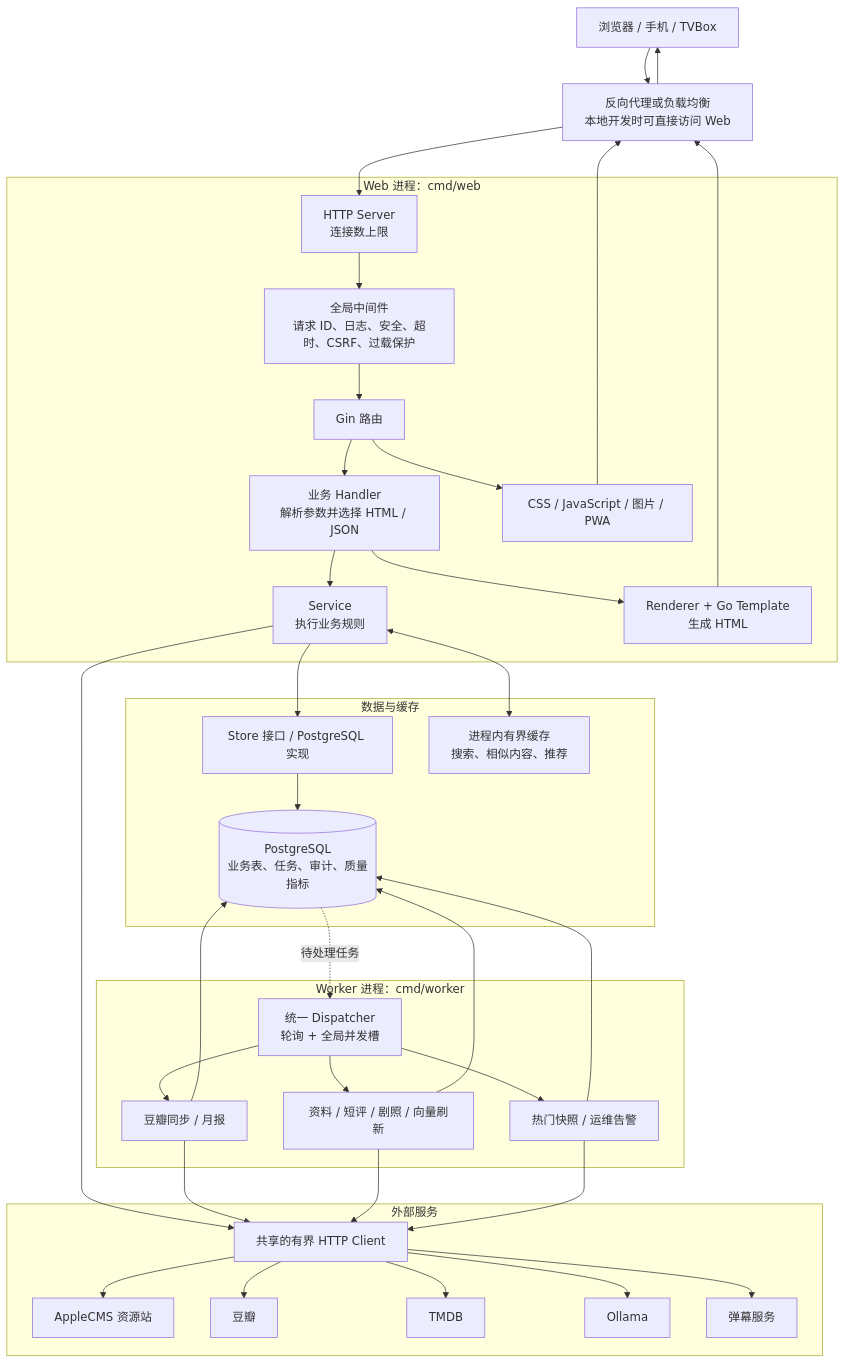
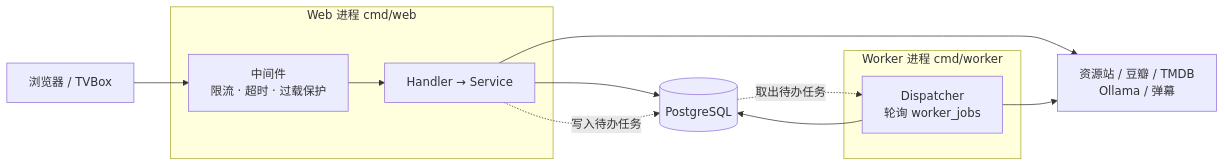
One commit to TwoThreeWang/Moovie changed the diagram in README.md. Above: the diagram before and after it, drawn with Mermaid. The commit also changed other lines of this file and 64 other files, not shown here.

````diff
--- a/README.md
+++ b/README.md
@@ -69,63 +80,24 @@
 ```mermaid
-flowchart TD
-    user["浏览器 / 手机 / TVBox"]
-    edge["反向代理或负载均衡<br/>本地开发时可直接访问 Web"]
+flowchart LR
+    user["浏览器 / TVBox"]
 
-    subgraph web_process["Web 进程：cmd/web"]
-        http_server["HTTP Server<br/>连接数上限"]
-        middleware["全局中间件<br/>请求 ID、日志、安全、超时、CSRF、过载保护"]
-        router["Gin 路由"]
-        handler["业务 Handler<br/>解析参数并选择 HTML / JSON"]
-        service["Service<br/>执行业务规则"]
-        renderer["Renderer + Go Template<br/>生成 HTML"]
-        static_files["CSS / JavaScript / 图片 / PWA"]
+    subgraph web_process["Web 进程 cmd/web"]
+        mw["中间件<br/>限流 · 超时 · 过载保护"]
+        svc["Handler → Service"]
     end
 
-    subgraph data_layer["数据与缓存"]
-        store["Store 接口 / PostgreSQL 实现"]
-        postgres[("PostgreSQL<br/>业务表、任务、审计、质量指标")]
-        memory_cache["进程内有界缓存<br/>搜索、相似内容、推荐"]
+    subgraph worker_process["Worker 进程 cmd/worker"]
+        disp["Dispatcher<br/>轮询 worker_jobs"]
     end
 
-    subgraph worker_process["Worker 进程：cmd/worker"]
-        job_poll["统一 Dispatcher<br/>轮询 + 全局并发槽"]
-        douban_job["豆瓣同步 / 月报"]
-        metadata_job["资料 / 短评 / 剧照 / 向量刷新"]
-        popularity_job["热门快照 / 运维告警"]
-    end
+    pg[("PostgreSQL")]
+    ext["资源站 / 豆瓣 / TMDB<br/>Ollama / 弹幕"]
 
-    subgraph external_services["外部服务"]
-        outbound["共享的有界 HTTP Client"]
-        applecms["AppleCMS 资源站"]
-        douban["豆瓣"]
-        tmdb["TMDB"]
-        ollama["Ollama"]
-        danmaku["弹幕服务"]
-    end
-
-    user --> edge --> http_server --> middleware --> router
-    router --> handler --> service
-    handler --> renderer --> edge --> user
-    router --> static_files --> edge
-
-    service <--> memory_cache
-    service --> store --> postgres
-    service --> outbound
-
-    postgres -.->|待处理任务| job_poll
-    job_poll --> douban_job
-    job_poll --> metadata_job
-    job_poll --> popularity_job
-    douban_job --> outbound
-    metadata_job --> outbound
-    popularity_job --> outbound
-    douban_job --> postgres
-    metadata_job --> postgres
-    popularity_job --> postgres
-
-    outbound --> applecms
-    outbound --> douban
-    outbound --> tmdb
-    outbound --> ollama
-    outbound --> danmaku
+    user --> mw --> svc
+    svc --> pg
+    svc --> ext
+    svc -. "写入待办任务" .-> pg
+    pg -. "取出待办任务" .-> disp
+    disp --> pg
+    disp --> ext
 ```
````
